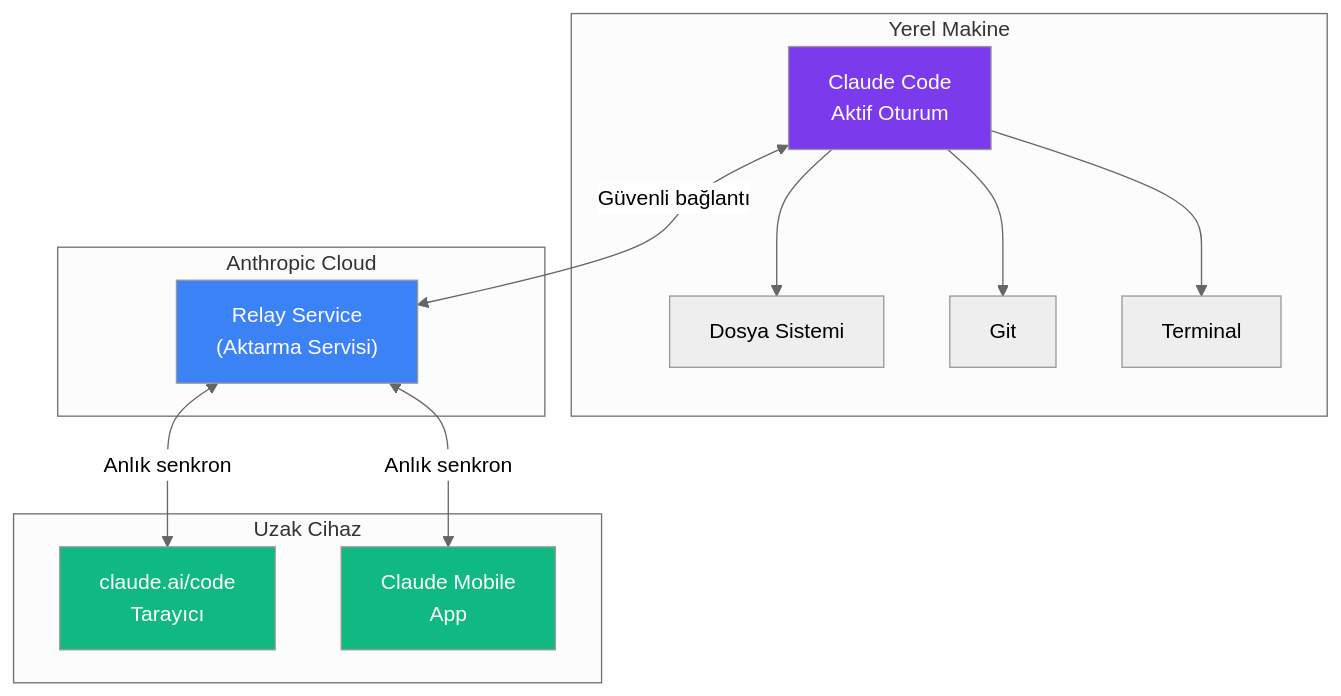
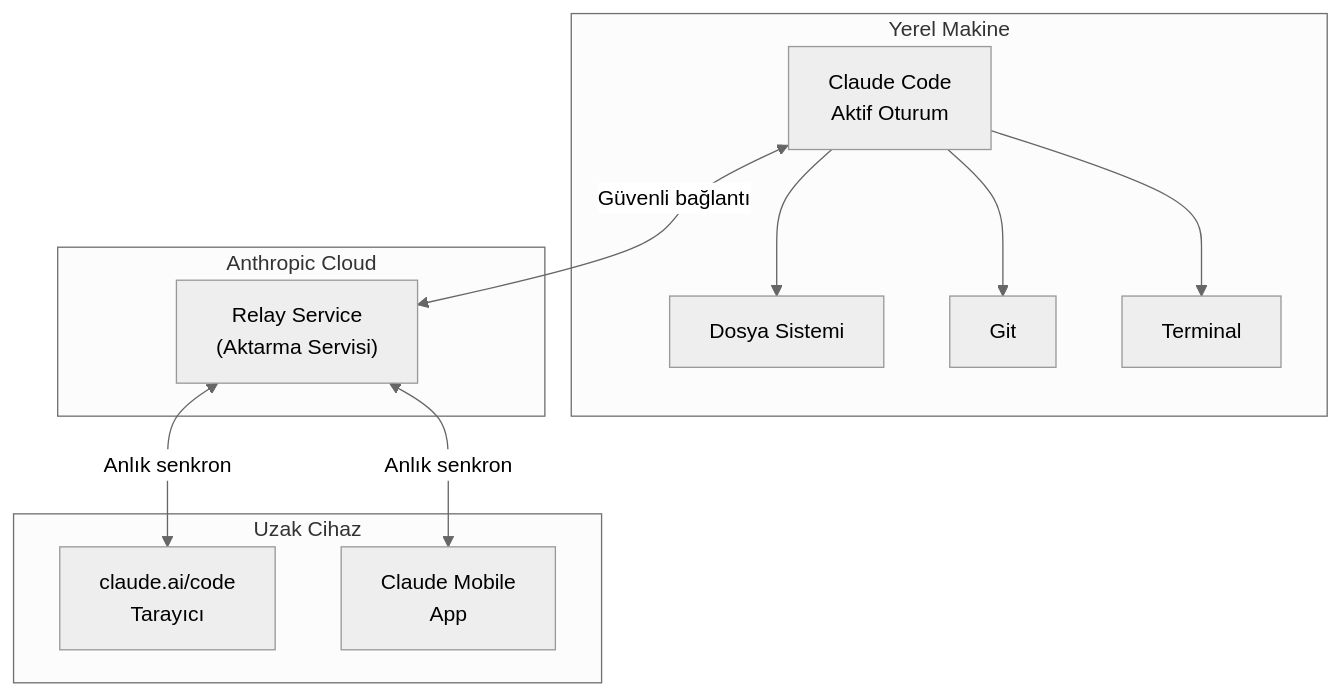
The first of 5 diagrams in 15-entegrasyonlar/07-uzaktan-kontrol.md (IzzetYasinAtes/ClaudeCodeHandbook), drawn with Mermaid (neutral theme) before and after one commit. The commit also changed other lines of this file and 97 other files, not shown here.

Commit message:
Remove all custom Mermaid style/fill colors from 98 markdown files for consistent dark theme rendering

````diff
--- a/15-entegrasyonlar/07-uzaktan-kontrol.md
+++ b/15-entegrasyonlar/07-uzaktan-kontrol.md
@@ -17,31 +17,27 @@
 ```mermaid
 flowchart TB
     subgraph local ["Yerel Makine"]
         CC["Claude Code<br/>Aktif Oturum"]
         FS["Dosya Sistemi"]
         GIT["Git"]
         TERM["Terminal"]
     end
 
     subgraph cloud ["Anthropic Cloud"]
         RELAY["Relay Service<br/>(Aktarma Servisi)"]
     end
 
     subgraph remote ["Uzak Cihaz"]
         WEB["claude.ai/code<br/>Tarayıcı"]
         MOB["Claude Mobile<br/>App"]
     end
 
     CC <-->|"Güvenli bağlantı"| RELAY
     RELAY <-->|"Anlık senkron"| WEB
     RELAY <-->|"Anlık senkron"| MOB
 
     CC --> FS
     CC --> GIT
     CC --> TERM
 
-    style CC fill:#7C3AED,color:#fff
-    style RELAY fill:#3B82F6,color:#fff
-    style WEB fill:#10B981,color:#fff
-    style MOB fill:#10B981,color:#fff
 ```
````
